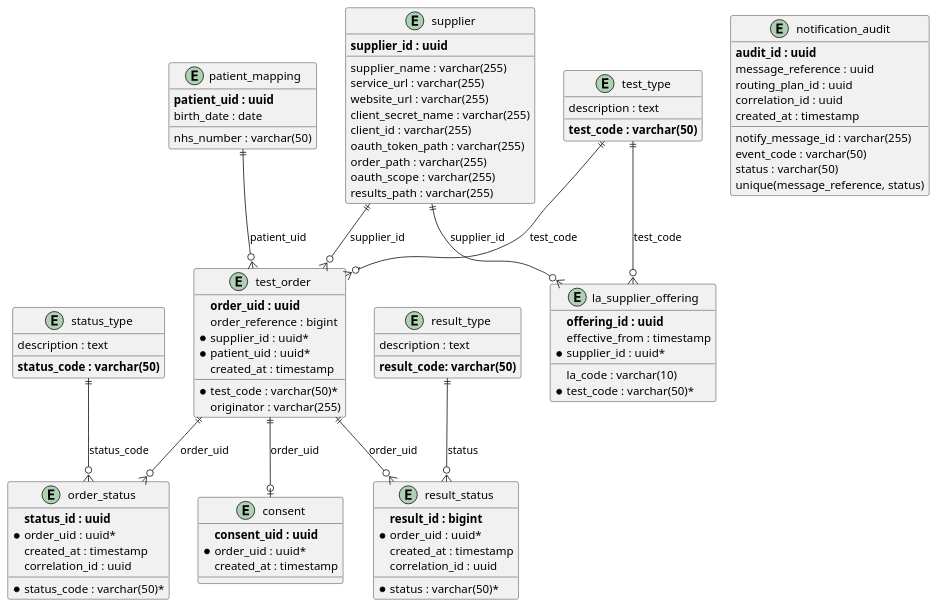
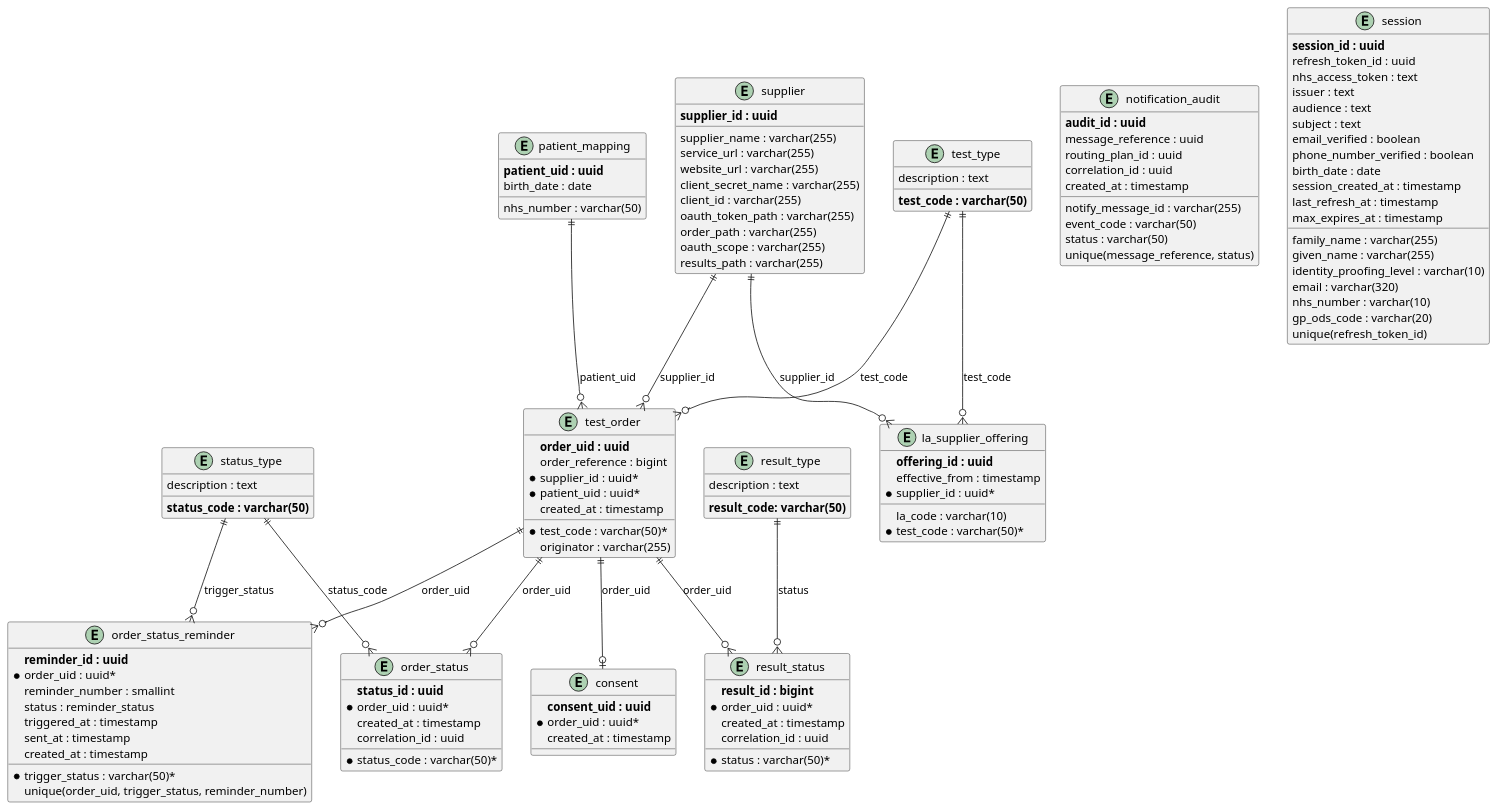
One commit to NHSDigital/hometest-service changed the diagram in database/schema_diagram.puml. Above: the diagram before and after it, drawn with PlantUML. The commit also changed 99 other files, not shown here.

```diff
--- a/database/schema_diagram.puml
+++ b/database/schema_diagram.puml
@@ -1,103 +1,139 @@
 @startuml
 entity "patient_mapping" as patient {
   **patient_uid : uuid**
   nhs_number : varchar(50)
   birth_date : date
 }
 
 entity "test_type" as test {
   **test_code : varchar(50)**
   description : text
 }
 
 entity "supplier" as supplier {
   **supplier_id : uuid**
   supplier_name : varchar(255)
   service_url : varchar(255)
   website_url : varchar(255)
   client_secret_name : varchar(255)
   client_id : varchar(255)
   oauth_token_path : varchar(255)
   order_path : varchar(255)
   oauth_scope : varchar(255)
   results_path : varchar(255)
 }
 
 entity "la_supplier_offering" as offering {
   **offering_id : uuid**
   la_code : varchar(10)
   effective_from : timestamp
   *supplier_id : uuid*
   *test_code : varchar(50)*
 }
 
 entity "test_order" as orders {
   **order_uid : uuid**
   order_reference : bigint
   *supplier_id : uuid*
   *patient_uid : uuid*
   *test_code : varchar(50)*
   originator : varchar(255)
   created_at : timestamp
 }
 
 entity "status_type" as status_type {
   **status_code : varchar(50)**
   description : text
 }
 
 entity "order_status" as order_status {
   **status_id : uuid**
   *order_uid : uuid*
   *status_code : varchar(50)*
   created_at : timestamp
   correlation_id : uuid
 }
 
 entity "result_type" as result_type {
   **result_code: varchar(50)**
   description : text
 }
 
 entity "result_status" as result_status {
   **result_id : bigint**
   *order_uid : uuid*
   *status : varchar(50)*
   created_at : timestamp
   correlation_id : uuid
 }
 
 entity "consent" as consent {
   **consent_uid : uuid**
   *order_uid : uuid*
   created_at : timestamp
 }
 
 entity "notification_audit" as notification_audit {
   **audit_id : uuid**
   message_reference : uuid
   notify_message_id : varchar(255)
   event_code : varchar(50)
   routing_plan_id : uuid
   correlation_id : uuid
   status : varchar(50)
   created_at : timestamp
   unique(message_reference, status)
 }
 
+entity "session" as session {
+  **session_id : uuid**
+  refresh_token_id : uuid
+  nhs_access_token : text
+  issuer : text
+  audience : text
+  subject : text
+  family_name : varchar(255)
+  given_name : varchar(255)
+  identity_proofing_level : varchar(10)
+  email : varchar(320)
+  email_verified : boolean
+  phone_number_verified : boolean
+  birth_date : date
+  nhs_number : varchar(10)
+  gp_ods_code : varchar(20)
+  session_created_at : timestamp
+  last_refresh_at : timestamp
+  max_expires_at : timestamp
+  unique(refresh_token_id)
+}
+
+entity "order_status_reminder" as order_status_reminder {
+  **reminder_id : uuid**
+  *order_uid : uuid*
+  *trigger_status : varchar(50)*
+  reminder_number : smallint
+  status : reminder_status
+  triggered_at : timestamp
+  sent_at : timestamp
+  created_at : timestamp
+  unique(order_uid, trigger_status, reminder_number)
+}
+
 ' Relationships
 patient ||--o{ orders : "patient_uid"
 supplier ||--o{ orders : "supplier_id"
 test ||--o{ orders : "test_code"
 
 supplier ||--o{ offering : "supplier_id"
 test ||--o{ offering : "test_code"
 
 orders ||--o{ order_status : "order_uid"
 orders ||--o{ result_status : "order_uid"
 orders ||--o| consent : "order_uid"
+orders ||--o{ order_status_reminder : "order_uid"
 
 status_type ||--o{ order_status : "status_code"
+status_type ||--o{ order_status_reminder : "trigger_status"
 result_type ||--o{ result_status : "status"
 
 @enduml
```
